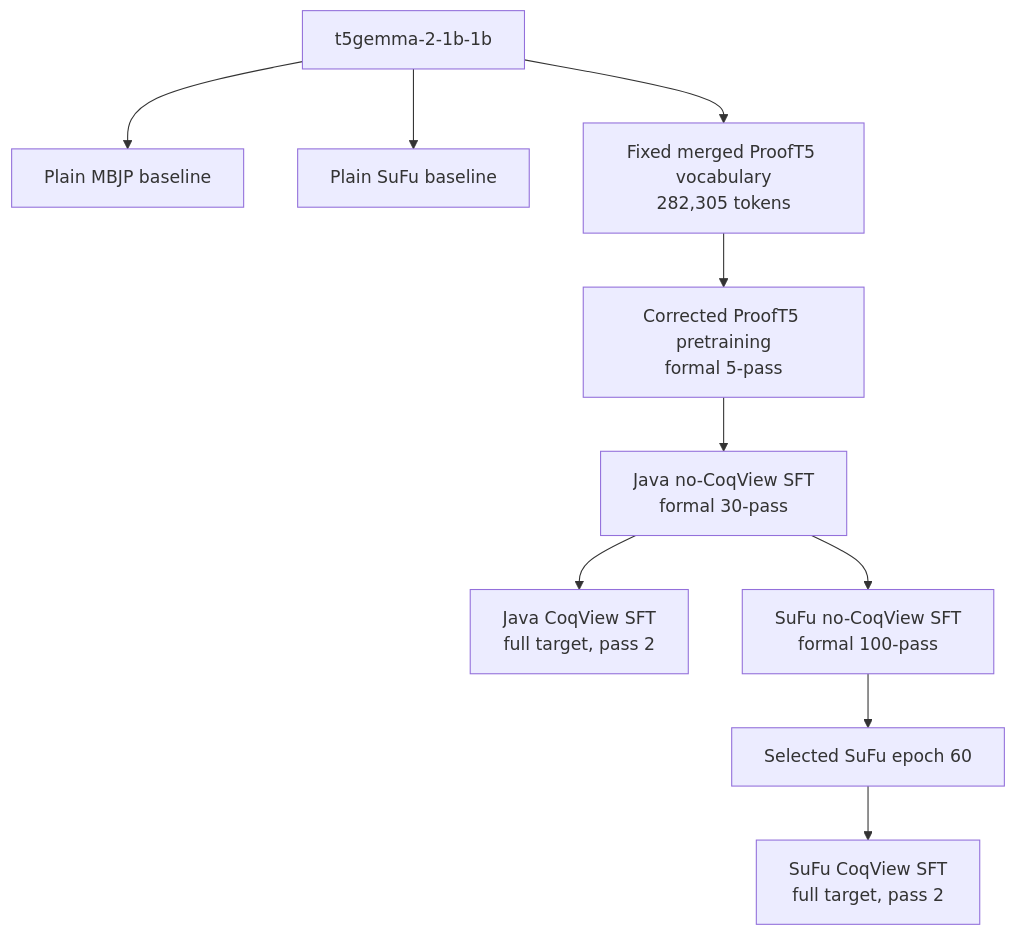
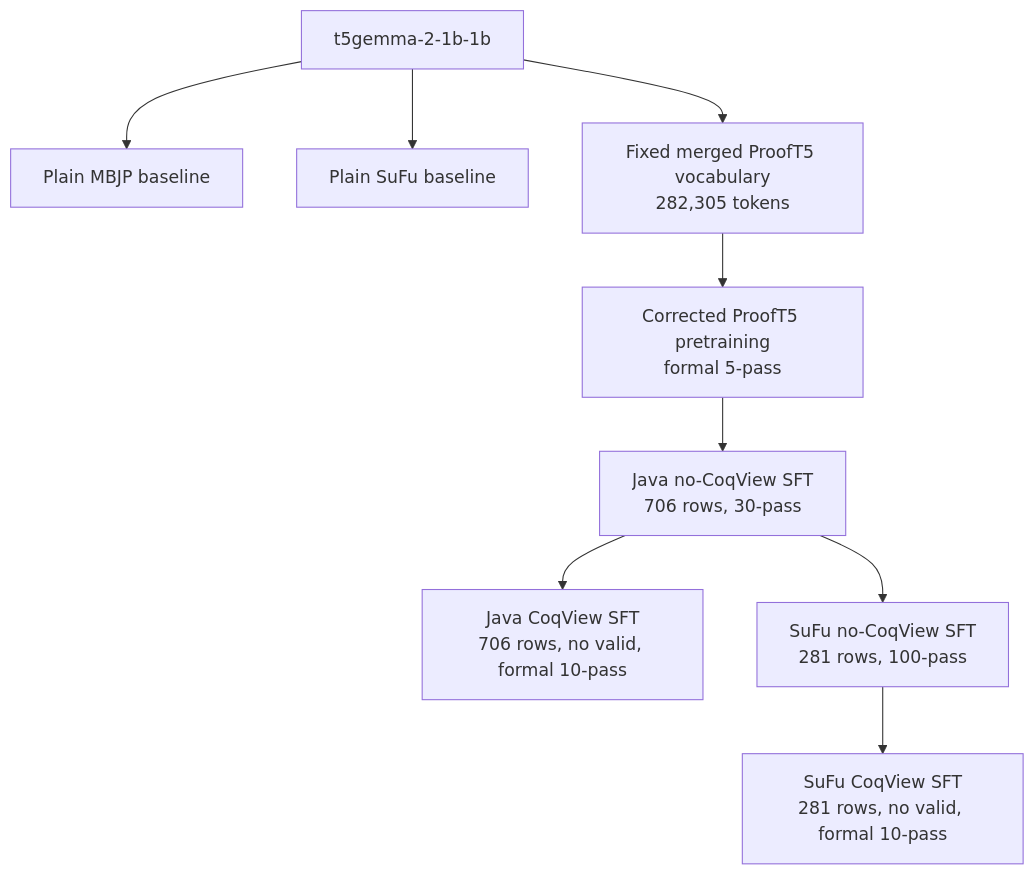
Before and after one commit to CudraniaTrec/ProofT5: the diagram in MODEL_TRAINING_INVENTORY.md, drawn with Mermaid. The commit also changed other lines of this file and 157 other files, not shown here.

````diff
--- a/MODEL_TRAINING_INVENTORY.md
+++ b/MODEL_TRAINING_INVENTORY.md
@@ -42,23 +66,21 @@
 ```mermaid
 flowchart TD
     B["t5gemma-2-1b-1b"]
     BM["Plain MBJP baseline"]
     BS["Plain SuFu baseline"]
     V["Fixed merged ProofT5 vocabulary<br/>282,305 tokens"]
     P["Corrected ProofT5 pretraining<br/>formal 5-pass"]
-    J["Java no-CoqView SFT<br/>formal 30-pass"]
-    JV["Java CoqView SFT<br/>full target, pass 2"]
-    S["SuFu no-CoqView SFT<br/>formal 100-pass"]
-    S60["Selected SuFu epoch 60"]
-    SV["SuFu CoqView SFT<br/>full target, pass 2"]
+    J["Java no-CoqView SFT<br/>706 rows, 30-pass"]
+    JV["Java CoqView SFT<br/>706 rows, no valid, formal 10-pass"]
+    S["SuFu no-CoqView SFT<br/>281 rows, 100-pass"]
+    SV["SuFu CoqView SFT<br/>281 rows, no valid, formal 10-pass"]
 
     B --> BM
     B --> BS
     B --> V
     V --> P
     P --> J
     J --> JV
     J --> S
-    S --> S60
-    S60 --> SV
+    S --> SV
 ```
````
